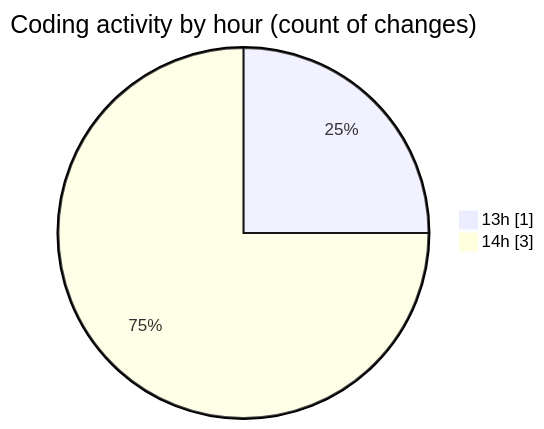
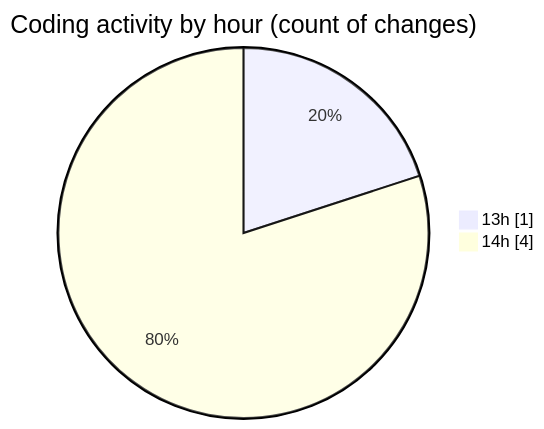
Before and after one commit to LanceThiago/code-tracking: the second of 2 diagrams in 2026-10-02/jogo/README.md, drawn with Mermaid. The commit also changed other lines of this file and 1 other file, not shown here.

````diff
--- a/2026-10-02/jogo/README.md
+++ b/2026-10-02/jogo/README.md
@@ -28,6 +28,6 @@
 ```mermaid
 pie showData
 title Coding activity by hour (count of changes)
 "13h" : 1
-"14h" : 3
+"14h" : 4
 ```
````
